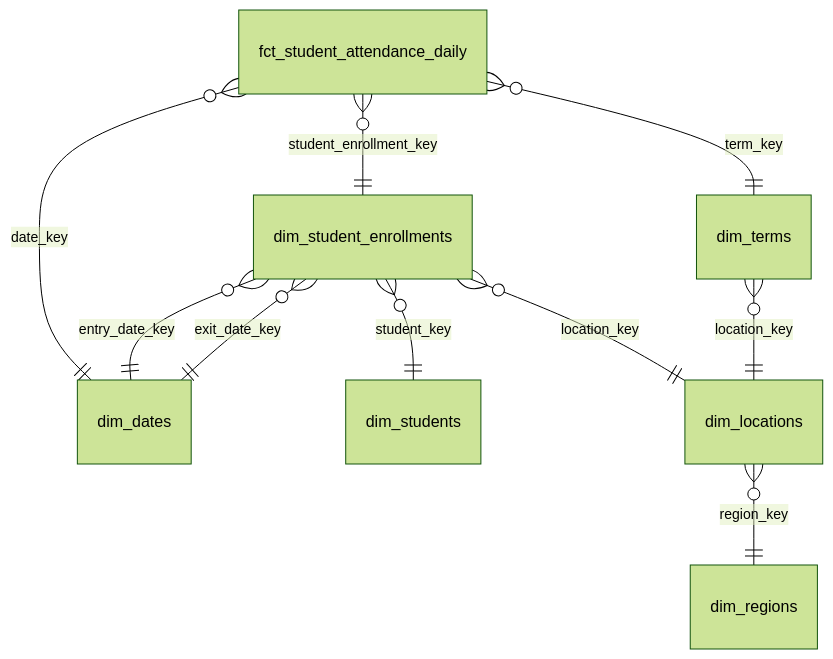
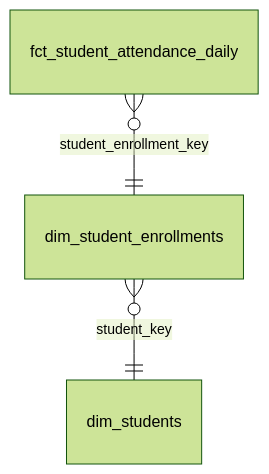
Before and after one commit to TEAMSchools/teamster: diagram 17 of 24 in docs/reference/marts-data-models.md, drawn with Mermaid (forest theme). The commit also changed other lines of this file and 2 other files, not shown here.

First line of the commit message:
docs(marts): omit conformed dimensions from snowflake diagrams

````diff
--- a/docs/reference/marts-data-models.md
+++ b/docs/reference/marts-data-models.md
@@ -387,12 +312,5 @@
 ```mermaid
 erDiagram
   fct_student_attendance_daily }o--|| dim_student_enrollments : "student_enrollment_key"
-  fct_student_attendance_daily }o--|| dim_dates : "date_key"
-  fct_student_attendance_daily }o--|| dim_terms : "term_key"
   dim_student_enrollments }o--|| dim_students : "student_key"
-  dim_student_enrollments }o--|| dim_locations : "location_key"
-  dim_student_enrollments }o--|| dim_dates : "entry_date_key"
-  dim_student_enrollments }o--|| dim_dates : "exit_date_key"
-  dim_terms }o--|| dim_locations : "location_key"
-  dim_locations }o--|| dim_regions : "region_key"
 ```
````
